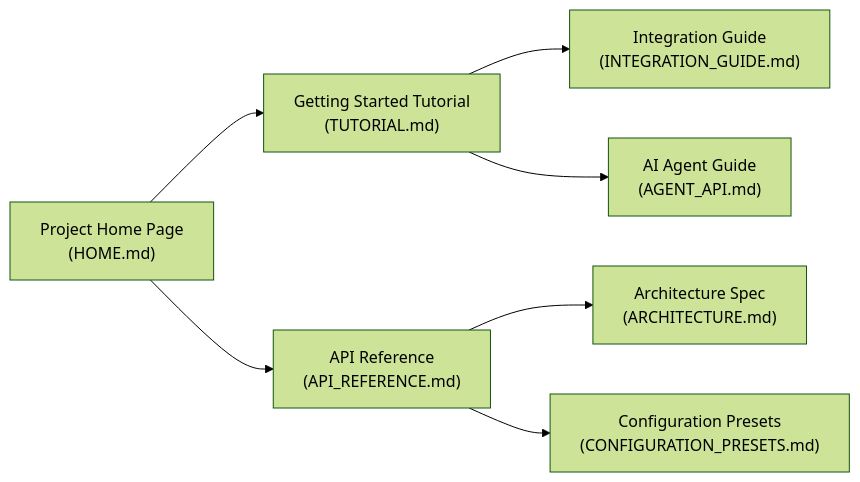
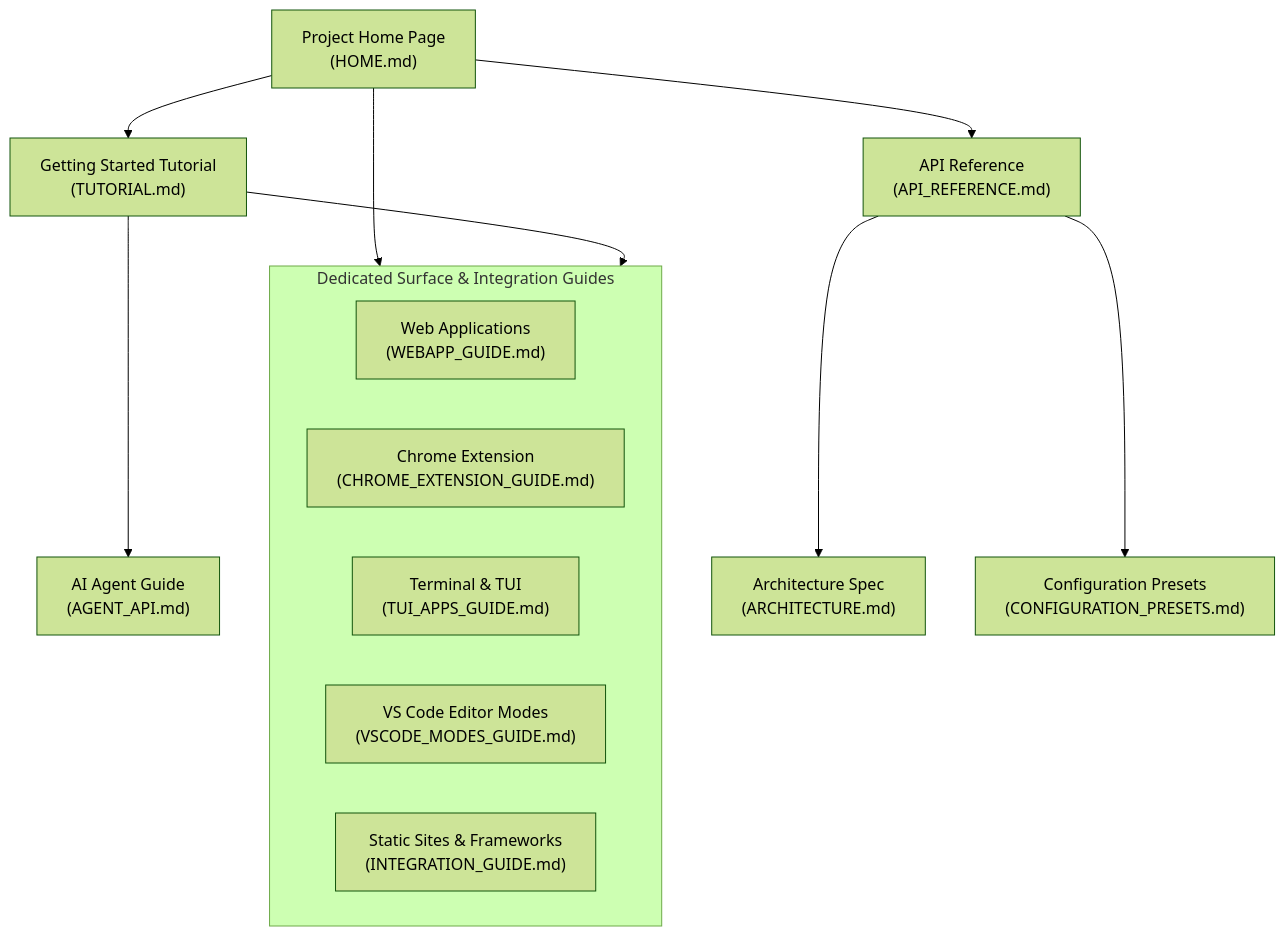
Before and after one commit to benquike/OmniComment: the diagram in docs/README.md, drawn with Mermaid (forest theme). The commit also changed other lines of this file and 44 other files, not shown here.

First line of the commit message:
feat: add platform integration guides, new screenshots, and fix collapse/delete icons

````diff
--- a/docs/README.md
+++ b/docs/README.md
@@ -9,17 +9,25 @@
 ```mermaid
-flowchart LR
+flowchart TD
     HOME["Project Home Page\n(HOME.md)"]
     TUTORIAL["Getting Started Tutorial\n(TUTORIAL.md)"]
     API["API Reference\n(API_REFERENCE.md)"]
-    INTEGRATE["Integration Guide\n(INTEGRATION_GUIDE.md)"]
-    PRESETS["Configuration Presets\n(CONFIGURATION_PRESETS.md)"]
     AGENT["AI Agent Guide\n(AGENT_API.md)"]
     ARCH["Architecture Spec\n(ARCHITECTURE.md)"]
+    PRESETS["Configuration Presets\n(CONFIGURATION_PRESETS.md)"]
+
+    subgraph Surfaces ["Dedicated Surface & Integration Guides"]
+        WEB["Web Applications\n(WEBAPP_GUIDE.md)"]
+        CHROME["Chrome Extension\n(CHROME_EXTENSION_GUIDE.md)"]
+        TUI["Terminal & TUI\n(TUI_APPS_GUIDE.md)"]
+        MODES["VS Code Editor Modes\n(VSCODE_MODES_GUIDE.md)"]
+        INTEGRATE["Static Sites & Frameworks\n(INTEGRATION_GUIDE.md)"]
+    end
 
     HOME --> TUTORIAL
     HOME --> API
-    TUTORIAL --> INTEGRATE
+    HOME --> Surfaces
+    TUTORIAL --> Surfaces
     TUTORIAL --> AGENT
     API --> ARCH
     API --> PRESETS
 ```
````
